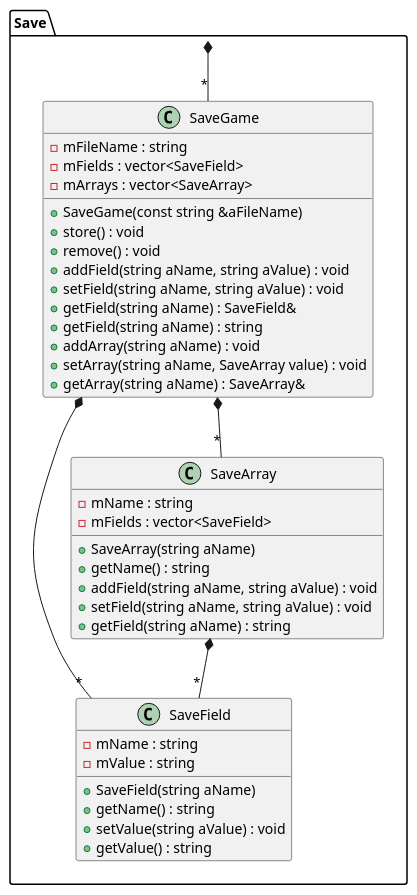
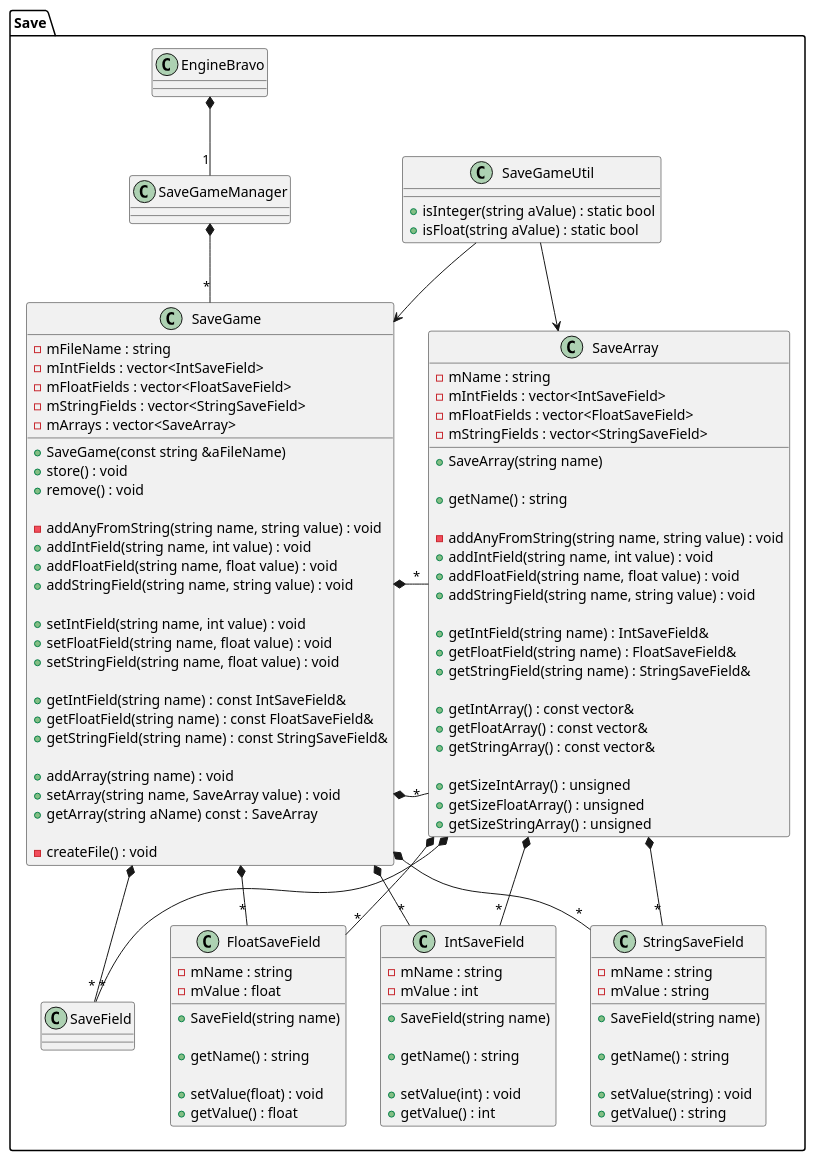
Before and after one commit to Seger01/GameEngine: the diagram in docs/Diagrams/savegamePackage.puml, drawn with PlantUML. The commit also changed 3 other files, not shown here.

Commit message:
Added savegames section to design, updated savegames class diagram

```diff
--- a/docs/Diagrams/savegamePackage.puml
+++ b/docs/Diagrams/savegamePackage.puml
@@ -1,111 +1,127 @@
 @startuml savePackageClassDiagram
 
 package Save{
 class SaveGame {
-    - mFileName : string
-    - mFields : vector<SaveField>
+-mFileName : string
+    - mIntFields : vector<IntSaveField>
+    - mFloatFields : vector<FloatSaveField>
+    - mStringFields : vector<StringSaveField>
     - mArrays : vector<SaveArray>
     + SaveGame(const string &aFileName)
     + store() : void
     + remove() : void
-    + addField(string aName, string aValue) : void
-    + setField(string aName, string aValue) : void
-    + getField(string aName) : SaveField&
-    + getField(string aName) : string
-    + addArray(string aName) : void
-    + setArray(string aName, SaveArray value) : void
-    + getArray(string aName) : SaveArray&
-}
 
-class SaveField {
-    - mName : string
-    - mValue : string
-    + SaveField(string aName)
-    + getName() : string
-    + setValue(string aValue) : void
-    + getValue() : string
+    - addAnyFromString(string name, string value) : void
+    + addIntField(string name, int value) : void
+    + addFloatField(string name, float value) : void
+    + addStringField(string name, string value) : void
+
+    + setIntField(string name, int value) : void
+    + setFloatField(string name, float value) : void
+    + setStringField(string name, float value) : void
+
+    + getIntField(string name) : const IntSaveField&
+    + getFloatField(string name) : const FloatSaveField&
+    + getStringField(string name) : const StringSaveField&
+
+    + addArray(string name) : void
+    + setArray(string name, SaveArray value) : void
+    + getArray(string aName) const : SaveArray
+
+    - createFile() : void
 }
 
 class SaveArray {
     - mName : string
-    - mFields : vector<SaveField>
-    + SaveArray(string aName)
+    - mIntFields : vector<IntSaveField>
+    - mFloatFields : vector<FloatSaveField>
+    - mStringFields : vector<StringSaveField>
+    + SaveArray(string name)
+
     + getName() : string
-    + addField(string aName, string aValue) : void
-    + setField(string aName, string aValue) : void
-    + getField(string aName) : string
+
+    - addAnyFromString(string name, string value) : void
+    + addIntField(string name, int value) : void
+    + addFloatField(string name, float value) : void
+    + addStringField(string name, string value) : void
+
+    + getIntField(string name) : IntSaveField&
+    + getFloatField(string name) : FloatSaveField&
+    + getStringField(string name) : StringSaveField&
+
+    + getIntArray() : const vector&
+    + getFloatArray() : const vector&
+    + getStringArray() : const vector&
+
+    + getSizeIntArray() : unsigned
+    + getSizeFloatArray() : unsigned
+    + getSizeStringArray() : unsigned
+}
+
+
+
+class SaveGameUtil {
+  + isInteger(string aValue) : static bool
+  + isFloat(string aValue) : static bool
+}
+
+together {
+class IntSaveField {
+  - mName : string
+  - mValue : int
+
+  + SaveField(string name)
+
+  + getName() : string
+
+  + setValue(int) : void
+  + getValue() : int
+}
+
+class FloatSaveField {
+  - mName : string
+  - mValue : float
+
+  + SaveField(string name)
+
+  + getName() : string
+
+  + setValue(float) : void
+  + getValue() : float
+}
+
+class StringSaveField {
+  - mName : string
+  - mValue : string
+
+  + SaveField(string name)
+
+  + getName() : string
+
+  + setValue(string) : void
+  + getValue() : string
+}
 }
 
 SaveGame *-- "*" SaveField
 SaveGame *-- "*" SaveArray
 SaveArray *-- "*" SaveField
-}
-
-Save *-- "*" SaveGame
 
 
+EngineBravo *--"1" SaveGameManager
 
-' class SaveGameUtil {
-'   + isInteger(string aValue) : static bool
-'   + isFloat(string aValue) : static bool
-' }
+SaveGameManager *--"*" SaveGame
 
-' together {
-' class IntSaveField {
-'   - mName : string
-'   - mValue : int
+SaveGame <-left- SaveGameUtil
+SaveGame *--"*" SaveArray
+SaveGame -[hidden]> SaveArray
+SaveGame *--"*" IntSaveField
+SaveGame *--"*" FloatSaveField
+SaveGame *--"*" StringSaveField
 
-'   + SaveField(string name)
-
-'   + getName() : string
-
-'   + setValue(int) : void
-'   + getValue() : int
-' }
-
-' class FloatSaveField {
-'   - mName : string
-'   - mValue : float
-
-'   + SaveField(string name)
-
-'   + getName() : string
-
-'   + setValue(float) : void
-'   + getValue() : float
-' }
-
-' class StringSaveField {
-'   - mName : string
-'   - mValue : string
-
-'   + SaveField(string name)
-
-'   + getName() : string
-
-'   + setValue(string) : void
-'   + getValue() : string
-' }
-' }
-
-' SaveGame *-- "*" SaveField
-' SaveGame *-- "*" SaveArray
-' SaveArray *-- "*" SaveField
-
-
-' EngineBravo *--"1" SaveGameManager
-
-' SaveGameManager *--"*" SaveGame
-
-' SaveGame <-left- SaveGameUtil
-' SaveGame *--"*" SaveArray
-' SaveGame -[hidden]> SaveArray
-' SaveGame *--"*" IntSaveField
-' SaveGame *--"*" FloatSaveField
-' SaveGame *--"*" StringSaveField
-
-' SaveArray <-up- SaveGameUtil
-' SaveArray *--"*" IntSaveField
-' SaveArray *--"*" FloatSaveField
-' SaveArray *--"*" StringSaveField
+SaveArray <-up- SaveGameUtil
+SaveArray *--"*" IntSaveField
+SaveArray *--"*" FloatSaveField
+SaveArray *--"*" StringSaveField
+}
 @enduml
```
